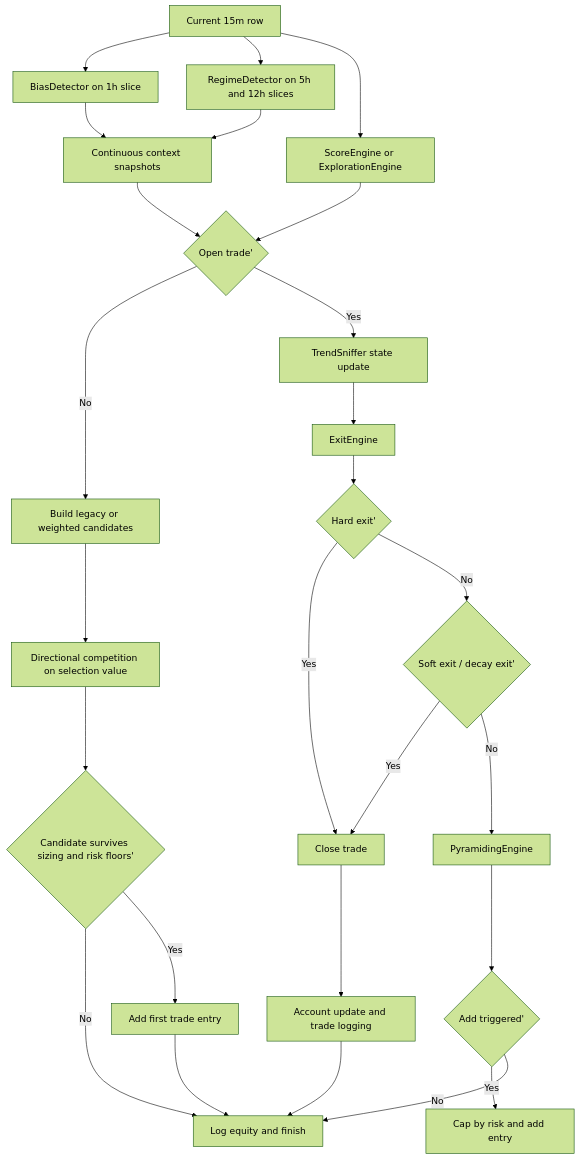
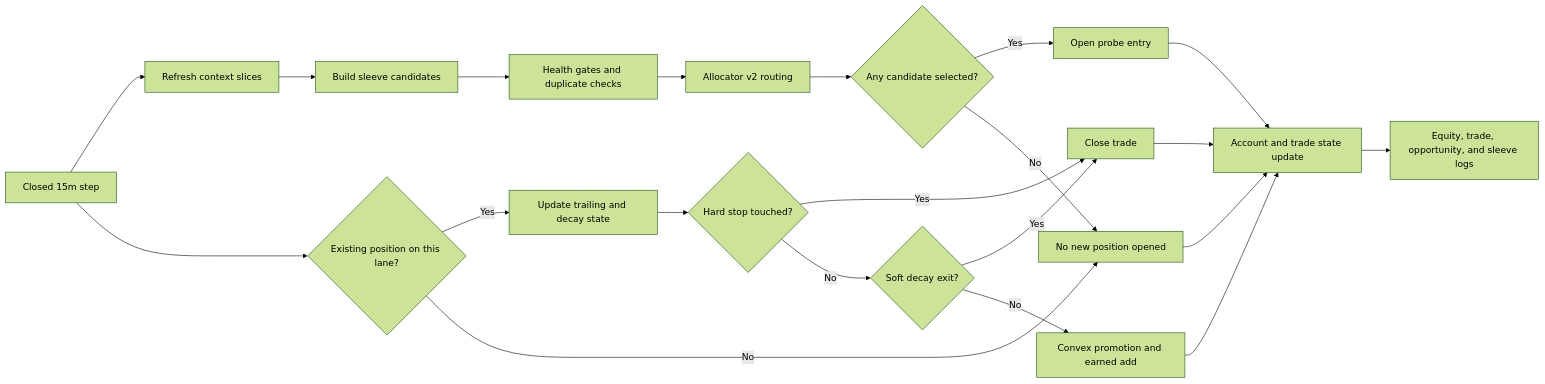
The second of 2 diagrams in README.md (nneupane1/Retail-Trading-System), drawn with Mermaid (forest theme) before and after one commit. The commit also changed other lines of this file, not shown here.

Commit message:
Refresh README with allocator flow and fill workflow

````diff
--- a/README.md
+++ b/README.md
@@ -1535,28 +1614,25 @@
 ```mermaid
-flowchart TD
-    A[Current 15m row] --> B[BiasDetector on 1h slice]
-    A --> C[RegimeDetector on 5h and 12h slices]
-    A --> F[ScoreEngine or ExplorationEngine]
-    B --> G[Continuous context snapshots]
-    C --> G
-    G --> D{Open trade'}
-    F --> D
-    D -- No --> H[Build legacy or weighted candidates]
-    H --> I[Directional competition on selection value]
-    I --> J{Candidate survives sizing and risk floors'}
-    J -- No --> Z[Log equity and finish]
-    J -- Yes --> K[Add first trade entry]
-    K --> Z
-    D -- Yes --> L[TrendSniffer state update]
-    L --> M[ExitEngine]
-    M --> N{Hard exit'}
-    N -- Yes --> O[Close trade]
-    N -- No --> P{Soft exit / decay exit'}
-    P -- Yes --> O
-    P -- No --> Q[PyramidingEngine]
-    Q --> R{Add triggered'}
-    R -- Yes --> S[Cap by risk and add entry]
-    R -- No --> Z
-    O --> T[Account update and trade logging]
-    T --> Z
+flowchart LR
+    A[Closed 15m step] --> B[Refresh context slices]
+    B --> C[Build sleeve candidates]
+    C --> D[Health gates and duplicate checks]
+    D --> E[Allocator v2 routing]
+    E --> F{Any candidate selected?}
+    F -- Yes --> G[Open probe entry]
+    F -- No --> H[No new position opened]
+
+    A --> I{Existing position on this lane?}
+    I -- Yes --> J[Update trailing and decay state]
+    J --> K{Hard stop touched?}
+    K -- Yes --> L[Close trade]
+    K -- No --> M{Soft decay exit?}
+    M -- Yes --> L
+    M -- No --> N[Convex promotion and earned add]
+    I -- No --> H
+
+    G --> O[Account and trade state update]
+    L --> O
+    N --> O
+    H --> O
+    O --> P[Equity, trade, opportunity, and sleeve logs]
 ```
````
